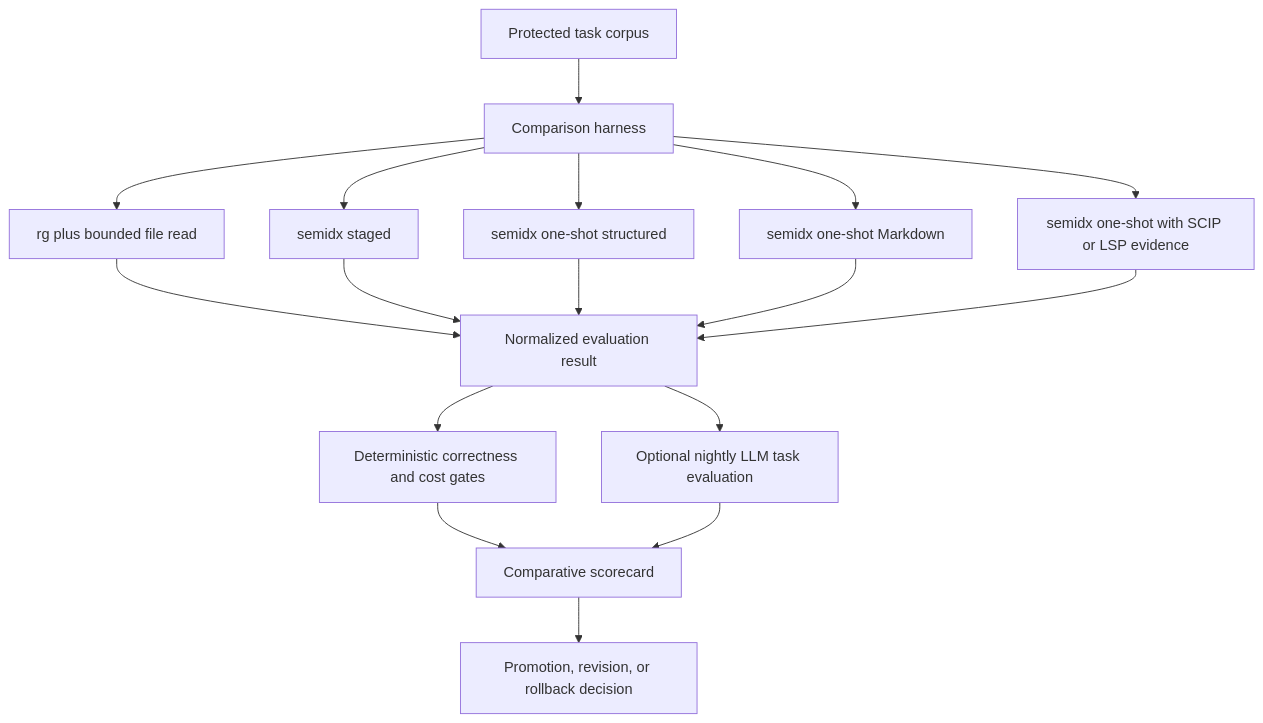
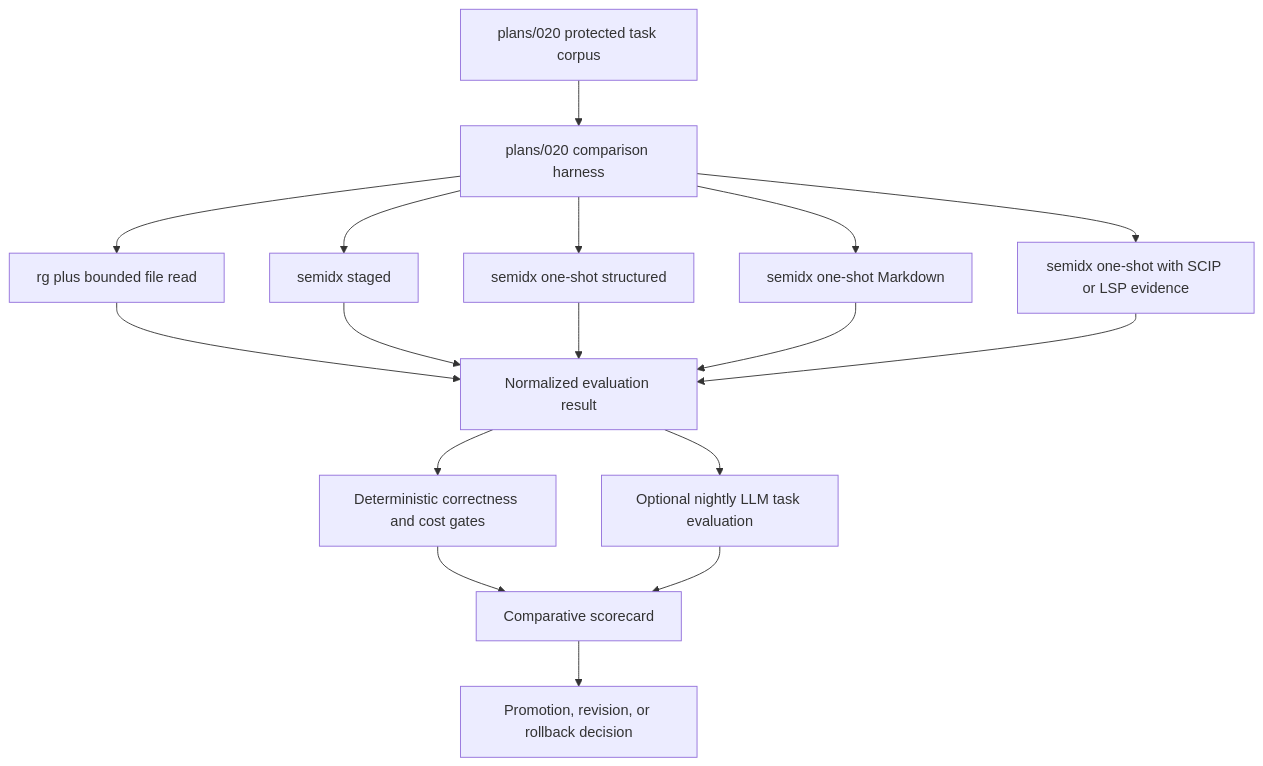
The third of 3 diagrams in plans/019_llm_one_shot_context_delivery_and_evaluation_plan.md (EvgeniyA777/semidx), drawn with Mermaid before and after one commit. The commit also changed other lines of this file and 7 other files, not shown here.

Commit message:
docs: reconcile active architecture plans

````diff
--- a/plans/019_llm_one_shot_context_delivery_and_evaluation_plan.md
+++ b/plans/019_llm_one_shot_context_delivery_and_evaluation_plan.md
@@ -304,22 +348,22 @@
 ```mermaid
 flowchart TD
-  corpus["Protected task corpus"] --> harness["Comparison harness"]
+  corpus["plans/020 protected task corpus"] --> harness["plans/020 comparison harness"]
 
   harness --> lexical["rg plus bounded file read"]
   harness --> staged["semidx staged"]
   harness --> oneStructured["semidx one-shot structured"]
   harness --> oneMarkdown["semidx one-shot Markdown"]
   harness --> semantic["semidx one-shot with SCIP or LSP evidence"]
 
   lexical --> normalize["Normalized evaluation result"]
   staged --> normalize
   oneStructured --> normalize
   oneMarkdown --> normalize
   semantic --> normalize
 
   normalize --> deterministic["Deterministic correctness and cost gates"]
   normalize --> nightly["Optional nightly LLM task evaluation"]
   deterministic --> report["Comparative scorecard"]
   nightly --> report
   report --> decision["Promotion, revision, or rollback decision"]
 ```
````
